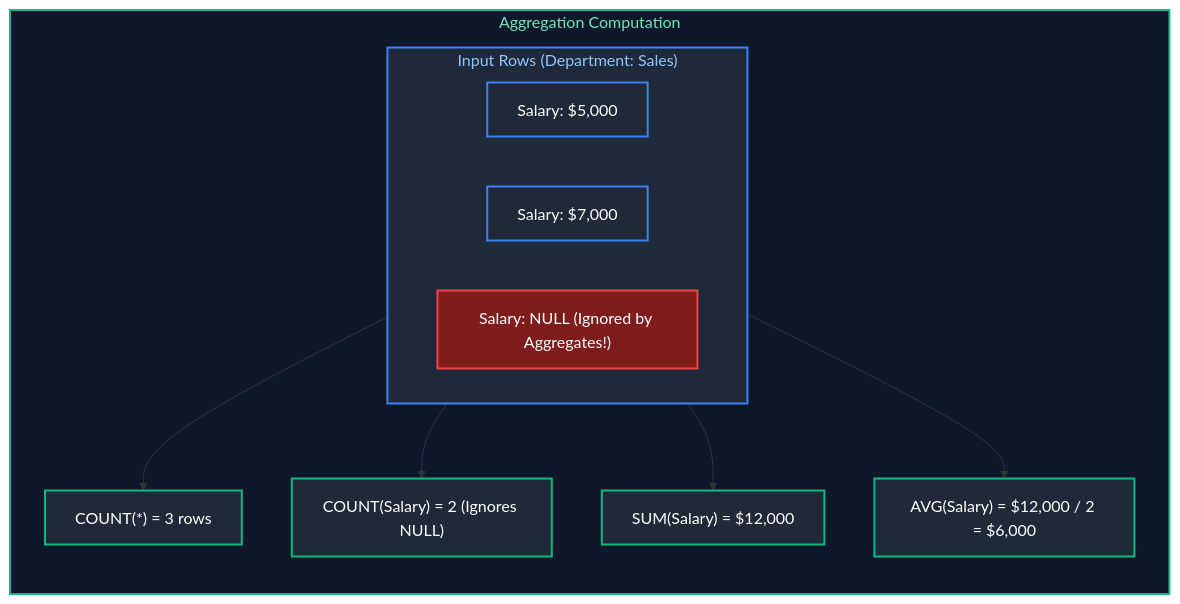
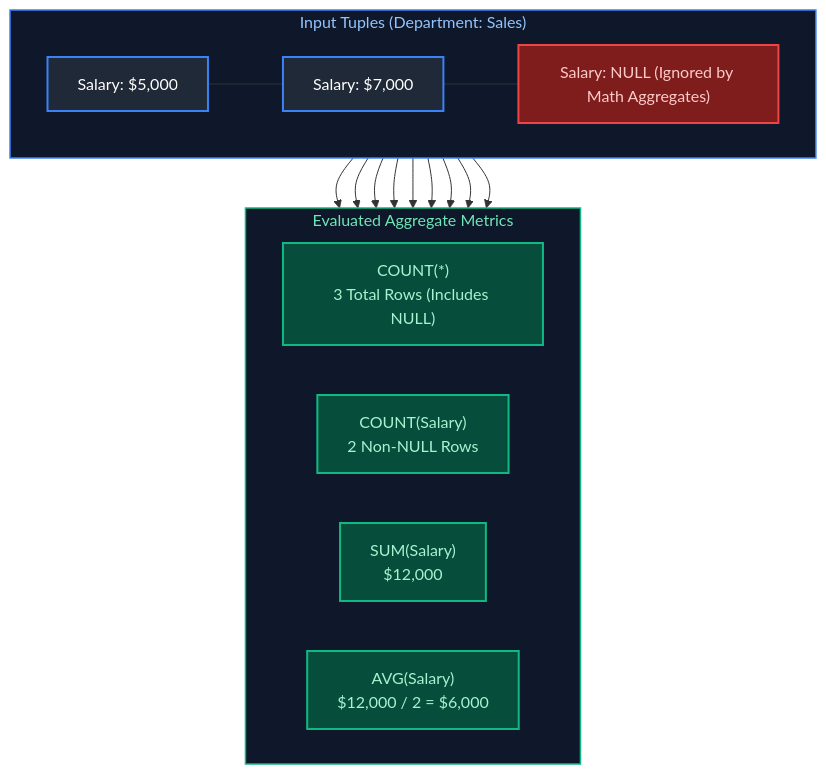
The fourth of 11 diagrams in Data Engineering/01_sql_fundamentals.md (joydeep-biswas/Interview-Preparation), drawn with Mermaid before and after one commit. The commit also changed other lines of this file and 76 other files, not shown here.

Commit message:
Updated Charts

````diff
--- a/Data Engineering/01_sql_fundamentals.md
+++ b/Data Engineering/01_sql_fundamentals.md
@@ -532,25 +544,30 @@
 ```mermaid
-flowchart LR
-    subgraph RawRows ["Input Rows (Department: Sales)"]
-        R1["Salary: $5,000"]
-        R2["Salary: $7,000"]
-        R3["Salary: NULL (Ignored by Aggregates!)"]
+flowchart TD
+    subgraph RawRows ["Input Tuples (Department: Sales)"]
+        direction LR
+        R1["Salary: $5,000"] --- R2["Salary: $7,000"] --- R3["Salary: NULL (Ignored by Math Aggregates)"]
     end
     
-    subgraph AggEngine ["Aggregation Computation"]
-        RawRows --> C1["COUNT(*) = 3 rows"]
-        RawRows --> C2["COUNT(Salary) = 2 (Ignores NULL)"]
-        RawRows --> S1["SUM(Salary) = $12,000"]
-        RawRows --> A1["AVG(Salary) = $12,000 / 2 = $6,000"]
+    subgraph AggEngine ["Evaluated Aggregate Metrics"]
+        direction LR
+        C1["COUNT(*)<br/>3 Total Rows (Includes NULL)"]
+        C2["COUNT(Salary)<br/>2 Non-NULL Rows"]
+        S1["SUM(Salary)<br/>$12,000"]
+        A1["AVG(Salary)<br/>$12,000 / 2 = $6,000"]
     end
 
-    style RawRows fill:#1e293b,stroke:#3b82f6,stroke-width:2px,color:#93c5fd
-    style AggEngine fill:#0f172a,stroke:#10b981,stroke-width:2px,color:#6ee7b7
+    R1 & R2 & R3 --> C1
+    R1 & R2 --> C2
+    R1 & R2 --> S1
+    R1 & R2 --> A1
+
+    style RawRows fill:#0f172a,stroke:#3b82f6,stroke-width:1.5px,color:#93c5fd
+    style AggEngine fill:#0f172a,stroke:#10b981,stroke-width:1.5px,color:#6ee7b7
     style R1 fill:#1f2937,stroke:#3b82f6,stroke-width:2px,color:#fff
     style R2 fill:#1f2937,stroke:#3b82f6,stroke-width:2px,color:#fff
-    style R3 fill:#7f1d1d,stroke:#ef4444,stroke-width:2px,color:#fff
-    style C1 fill:#1f2937,stroke:#10b981,stroke-width:2px,color:#fff
-    style C2 fill:#1f2937,stroke:#10b981,stroke-width:2px,color:#fff
-    style S1 fill:#1f2937,stroke:#10b981,stroke-width:2px,color:#fff
-    style A1 fill:#1f2937,stroke:#10b981,stroke-width:2px,color:#fff
+    style R3 fill:#7f1d1d,stroke:#ef4444,stroke-width:2px,color:#fecaca
+    style C1 fill:#064e3b,stroke:#10b981,stroke-width:2px,color:#a7f3d0
+    style C2 fill:#064e3b,stroke:#10b981,stroke-width:2px,color:#a7f3d0
+    style S1 fill:#064e3b,stroke:#10b981,stroke-width:2px,color:#a7f3d0
+    style A1 fill:#064e3b,stroke:#10b981,stroke-width:2px,color:#a7f3d0
 ```
````
